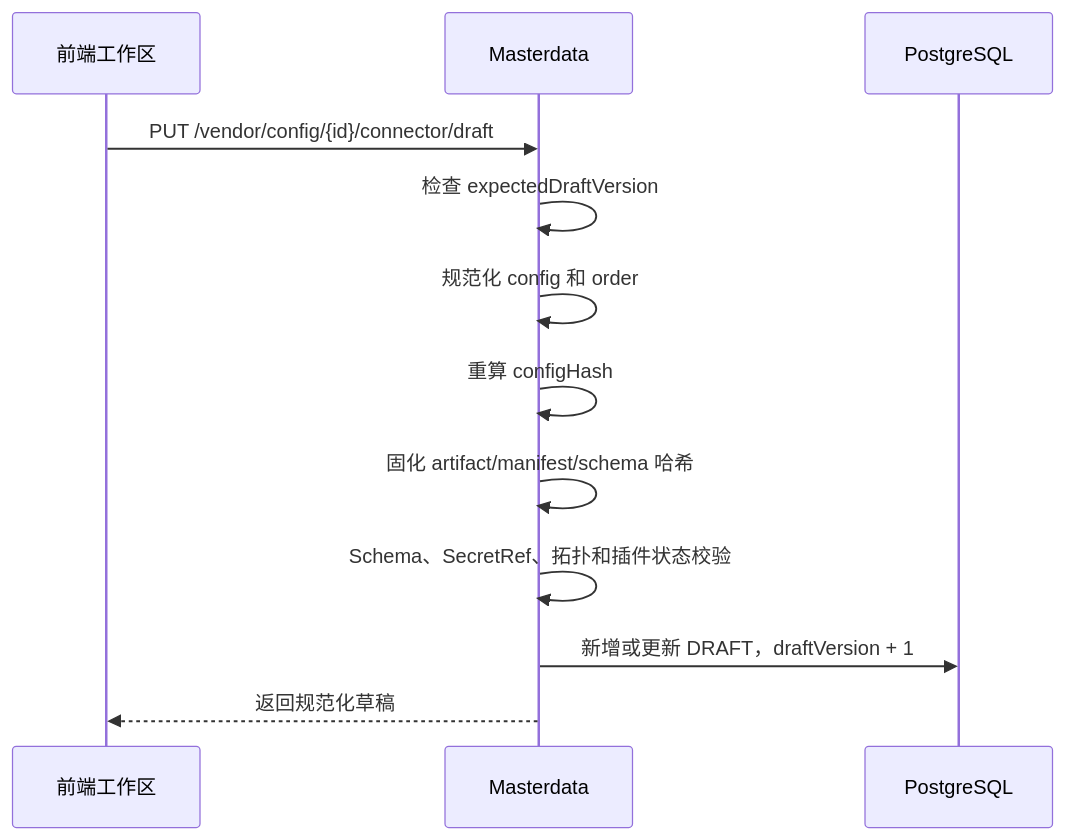
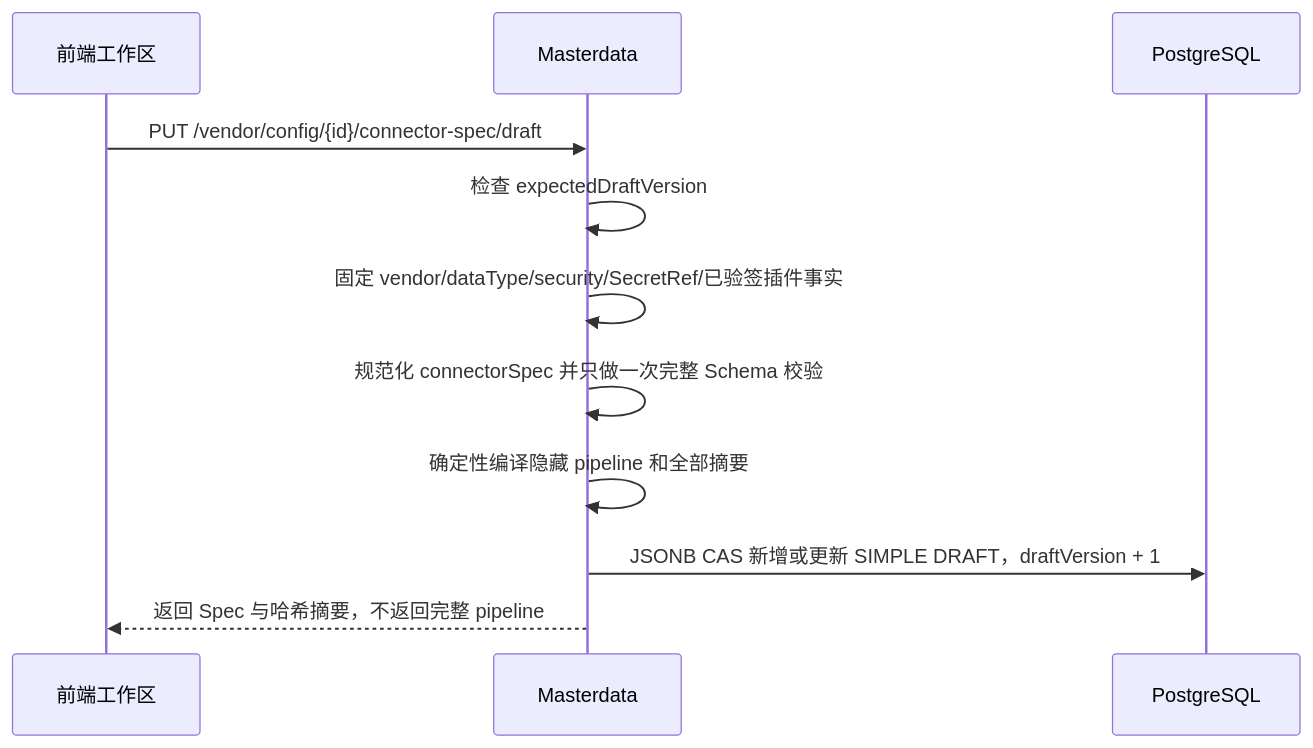
One commit to LiXuD/data-manager-hub changed the second of 3 diagrams in docs/CONNECTOR_CONFIGURATION_GUIDE.md. Above: the diagram before and after it, drawn with Mermaid. The commit also changed other lines of this file and 7 other files, not shown here.

````diff
--- a/docs/CONNECTOR_CONFIGURATION_GUIDE.md
+++ b/docs/CONNECTOR_CONFIGURATION_GUIDE.md
@@ -729,14 +733,13 @@
 ```mermaid
 sequenceDiagram
     participant UI as 前端工作区
     participant MD as Masterdata
     participant DB as PostgreSQL
-    UI->>MD: PUT /vendor/config/{id}/connector/draft
+    UI->>MD: PUT /vendor/config/{id}/connector-spec/draft
     MD->>MD: 检查 expectedDraftVersion
-    MD->>MD: 规范化 config 和 order
-    MD->>MD: 重算 configHash
-    MD->>MD: 固化 artifact/manifest/schema 哈希
-    MD->>MD: Schema、SecretRef、拓扑和插件状态校验
-    MD->>DB: 新增或更新 DRAFT，draftVersion + 1
-    MD-->>UI: 返回规范化草稿
+    MD->>MD: 固定 vendor/dataType/security/SecretRef/已验签插件事实
+    MD->>MD: 规范化 connectorSpec 并只做一次完整 Schema 校验
+    MD->>MD: 确定性编译隐藏 pipeline 和全部摘要
+    MD->>DB: JSONB CAS 新增或更新 SIMPLE DRAFT，draftVersion + 1
+    MD-->>UI: 返回 Spec 与哈希摘要，不返回完整 pipeline
 ```
````
